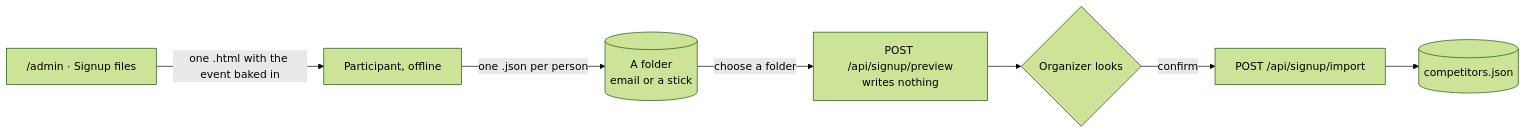
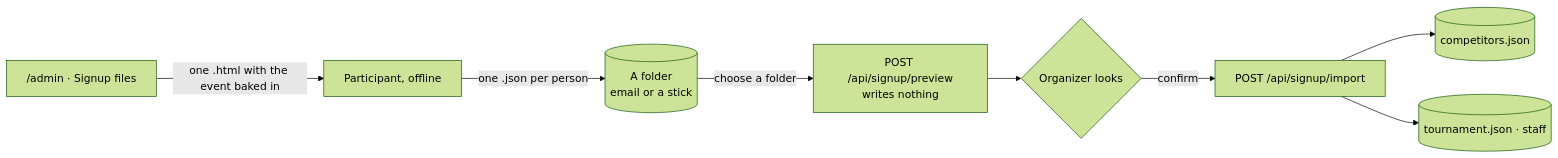
Before and after one commit to fylke/porta-di-ferro: the fourth of 9 diagrams in docs/architecture.md, drawn with Mermaid (forest theme). The commit also changed other lines of this file and 3 other files, not shown here.

````diff
--- a/docs/architecture.md
+++ b/docs/architecture.md
@@ -100,9 +100,10 @@
 ```mermaid
 flowchart LR
     A["/admin · Signup files"] -->|"one .html with the event baked in"| P[Participant, offline]
     P -->|"one .json per person"| F[(A folder<br/>email or a stick)]
     F -->|choose a folder| PR[POST /api/signup/preview<br/>writes nothing]
     PR --> D{Organizer looks}
     D -->|confirm| IM[POST /api/signup/import]
     IM --> C[(competitors.json)]
+    IM --> T[(tournament.json · staff)]
 ```
````
